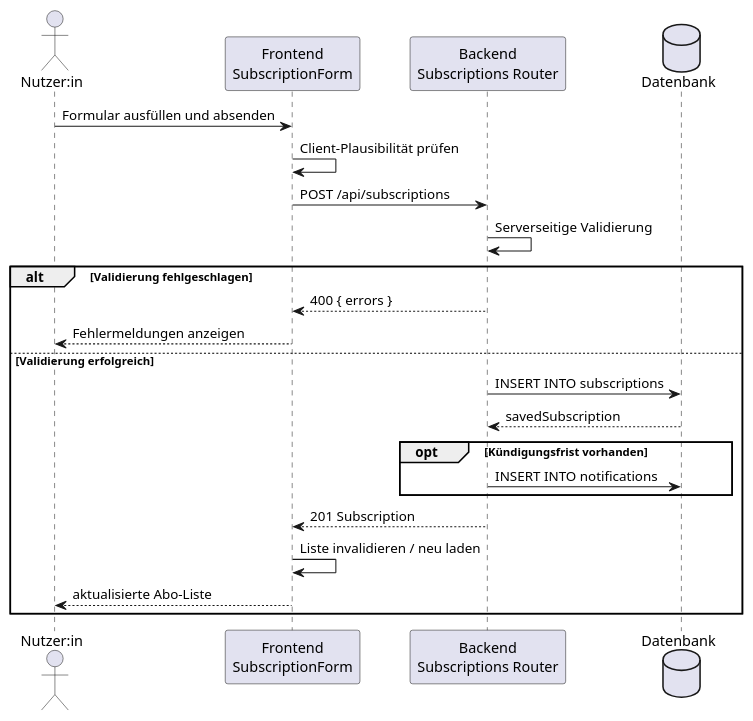
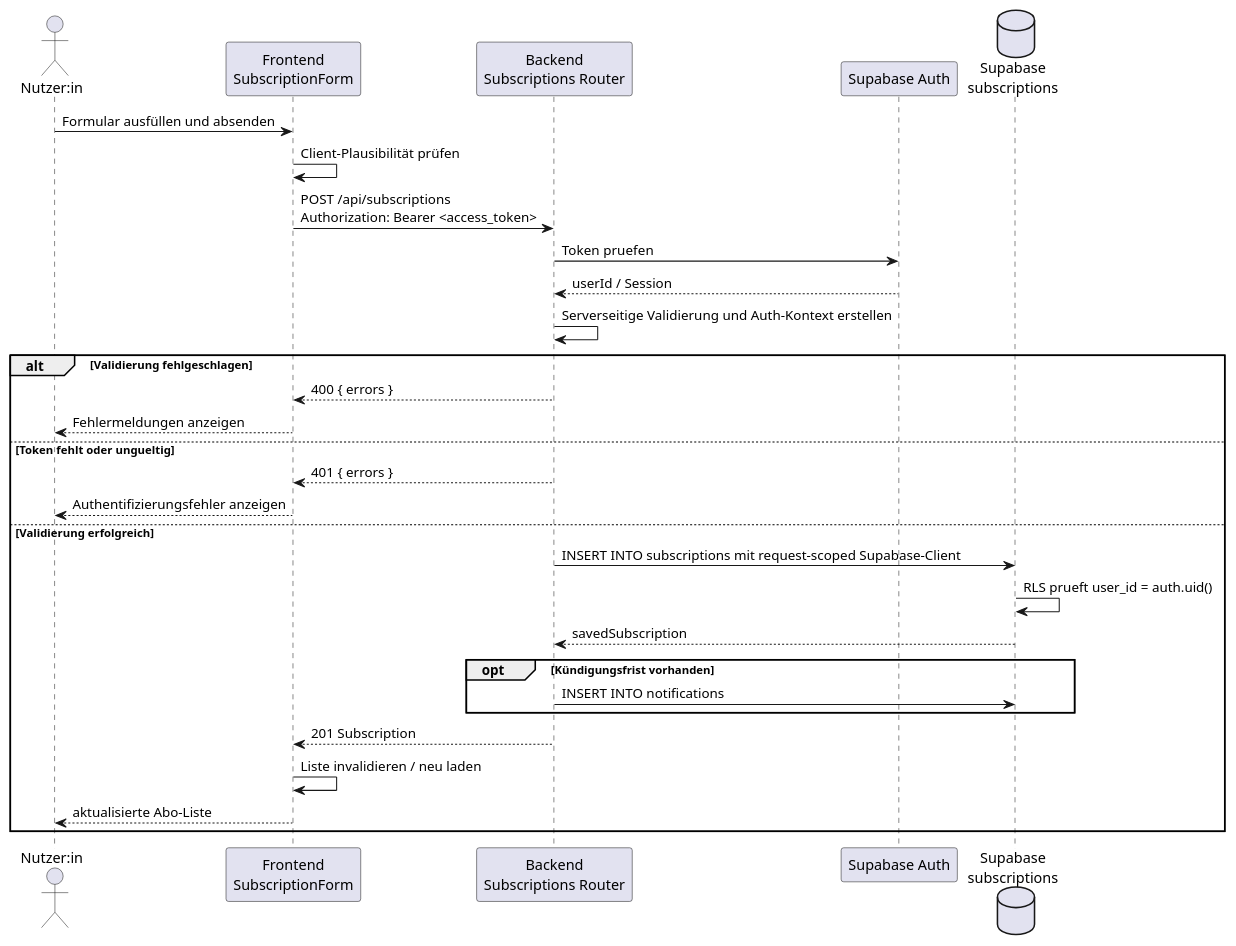
One commit to momel13/SubscriptionGuard-E2 changed the fourth of 9 diagrams in docs/technical/design.adoc. Above: the diagram before and after it, drawn with PlantUML. The commit also changed other lines of this file and 7 other files, not shown here.

```diff
--- a/docs/technical/design.adoc
+++ b/docs/technical/design.adoc
@@ -332,27 +332,34 @@
 [plantuml,sequence-create-subscription,svg]
 ----
 @startuml
 actor "Nutzer:in" as User
 participant "Frontend\nSubscriptionForm" as FE
 participant "Backend\nSubscriptions Router" as BE
-database "Datenbank" as DB
+participant "Supabase Auth" as Auth
+database "Supabase\nsubscriptions" as DB
 
 User -> FE : Formular ausfüllen und absenden
 FE -> FE : Client-Plausibilität prüfen
-FE -> BE : POST /api/subscriptions
-BE -> BE : Serverseitige Validierung
+FE -> BE : POST /api/subscriptions\nAuthorization: Bearer <access_token>
+BE -> Auth : Token pruefen
+Auth --> BE : userId / Session
+BE -> BE : Serverseitige Validierung und Auth-Kontext erstellen
 alt Validierung fehlgeschlagen
   BE --> FE : 400 { errors }
   FE --> User : Fehlermeldungen anzeigen
+else Token fehlt oder ungueltig
+  BE --> FE : 401 { errors }
+  FE --> User : Authentifizierungsfehler anzeigen
 else Validierung erfolgreich
-  BE -> DB : INSERT INTO subscriptions
+  BE -> DB : INSERT INTO subscriptions mit request-scoped Supabase-Client
+  DB -> DB : RLS prueft user_id = auth.uid()
   DB --> BE : savedSubscription
   opt Kündigungsfrist vorhanden
     BE -> DB : INSERT INTO notifications
   end
   BE --> FE : 201 Subscription
   FE -> FE : Liste invalidieren / neu laden
   FE --> User : aktualisierte Abo-Liste
 end
 @enduml
 ----
```
